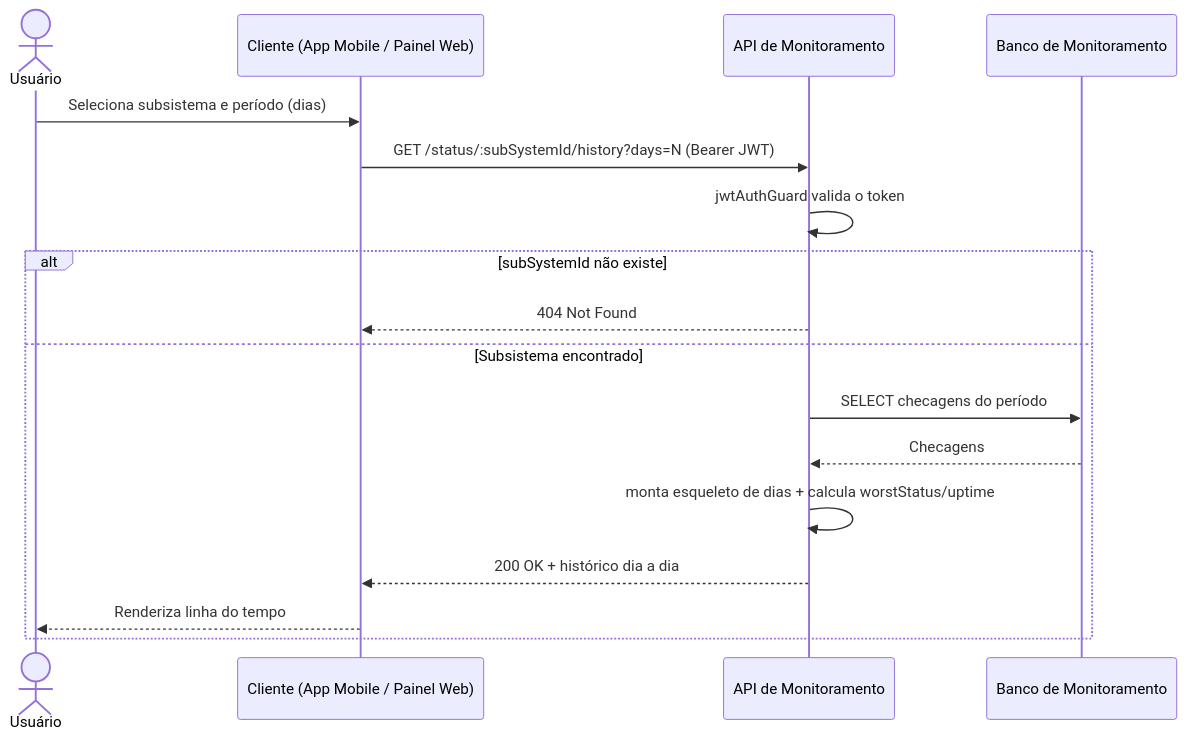
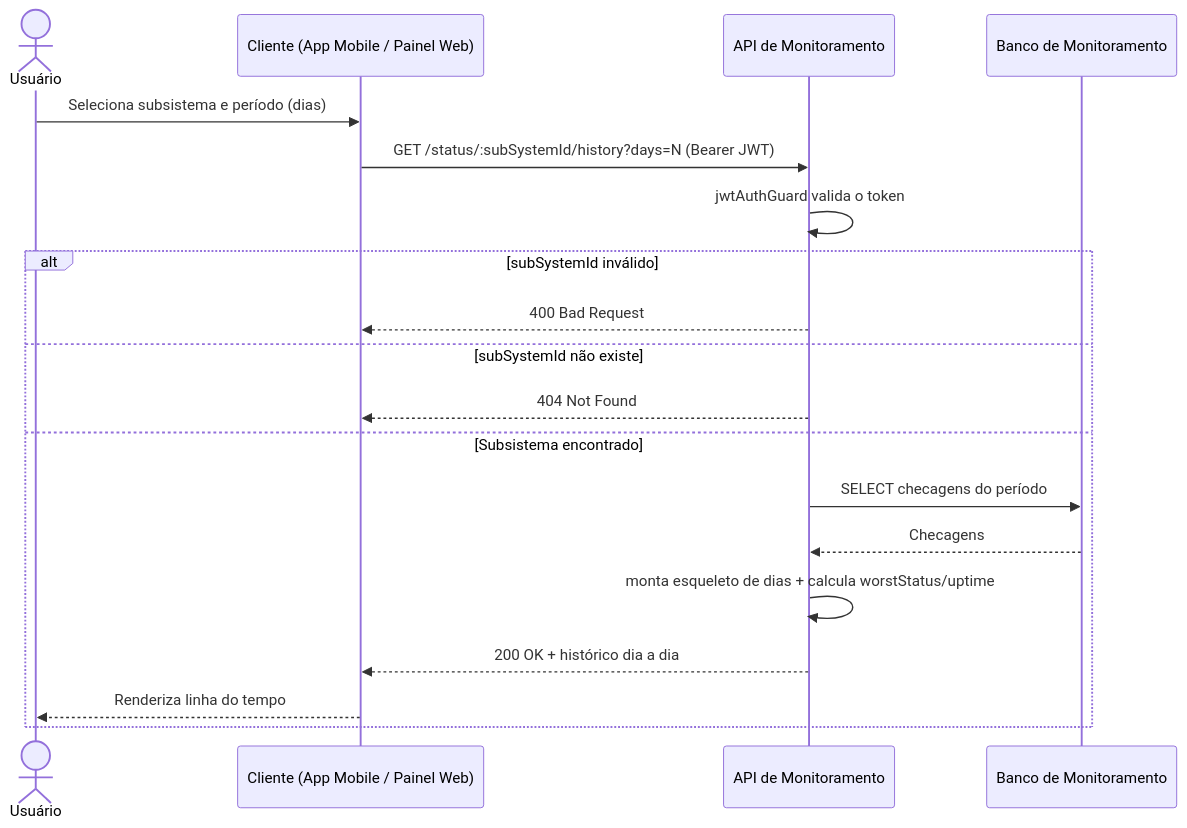
Before and after one commit to MiguelIFSP/BRTPDS2-PROJETO-E-DESENVOLVIMENTO-DE-SISTEMAS-2: the fourth of 19 diagrams in documentos/entrega2_Di1/requisitos_e_casos_de_uso.md, drawn with Mermaid. The commit also changed other lines of this file and 1 other file, not shown here.

````diff
--- a/documentos/entrega2_Di1/requisitos_e_casos_de_uso.md
+++ b/documentos/entrega2_Di1/requisitos_e_casos_de_uso.md
@@ -181,20 +184,22 @@
 ```mermaid
 sequenceDiagram
     actor U as Usuário
     participant App as Cliente (App Mobile / Painel Web)
     participant Mon as API de Monitoramento
     participant DB as Banco de Monitoramento
 
     U->>App: Seleciona subsistema e período (dias)
     App->>Mon: GET /status/:subSystemId/history?days=N (Bearer JWT)
     Mon->>Mon: jwtAuthGuard valida o token
-    alt subSystemId não existe
+    alt subSystemId inválido
+        Mon-->>App: 400 Bad Request
+    else subSystemId não existe
         Mon-->>App: 404 Not Found
     else Subsistema encontrado
         Mon->>DB: SELECT checagens do período
         DB-->>Mon: Checagens
         Mon->>Mon: monta esqueleto de dias + calcula worstStatus/uptime
         Mon-->>App: 200 OK + histórico dia a dia
         App-->>U: Renderiza linha do tempo
     end
 ```
````
